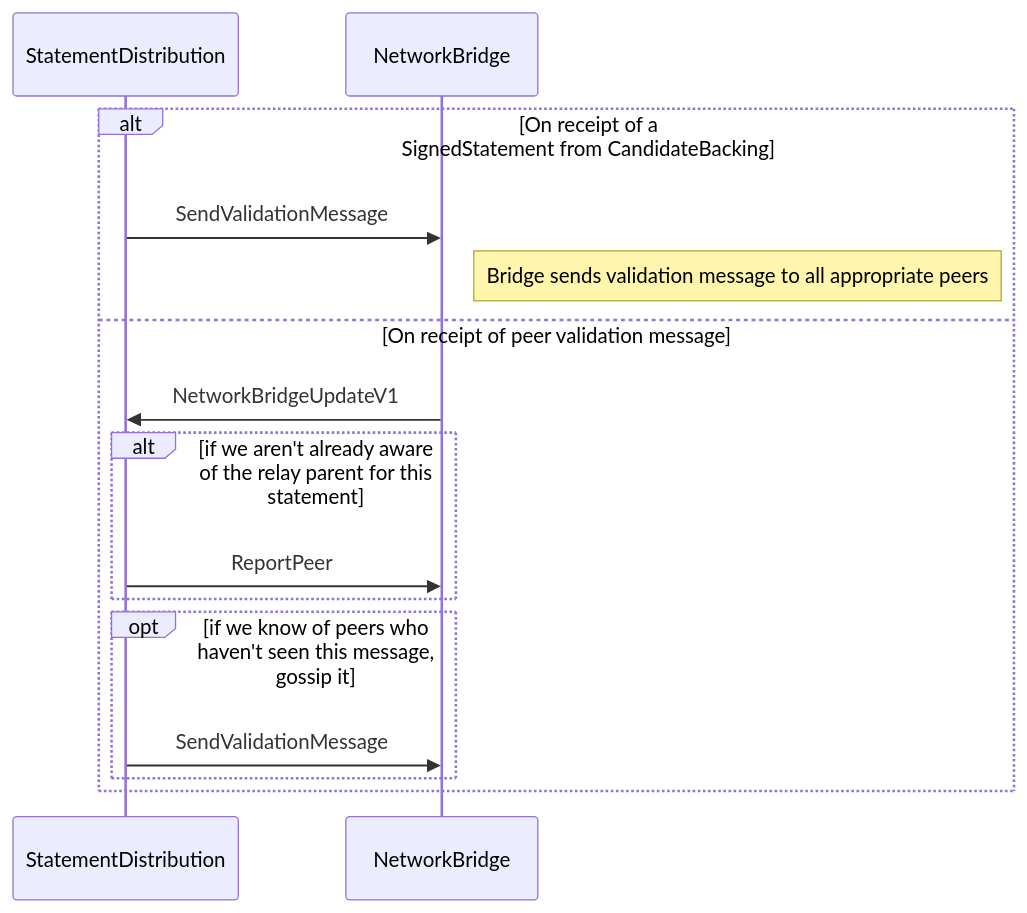
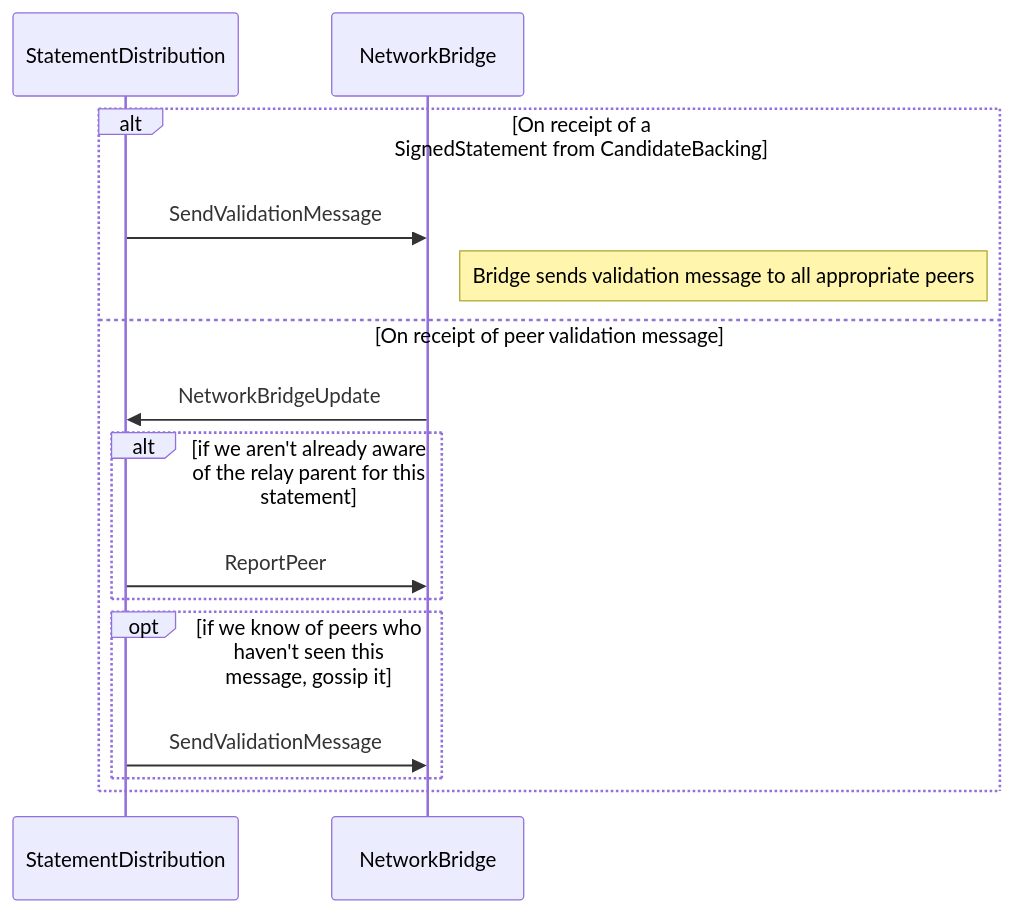
The fifth of 10 diagrams in roadmap/implementers-guide/src/node/subsystems-and-jobs.md (paritytech/polkadot), drawn with Mermaid before and after one commit. The commit also changed other lines of this file and 18 other files, not shown here.

Commit message:
remove V1 from NetworkBridgeUpdate

````diff
--- a/roadmap/implementers-guide/src/node/subsystems-and-jobs.md
+++ b/roadmap/implementers-guide/src/node/subsystems-and-jobs.md
@@ -256,24 +256,24 @@
 ```mermaid
 sequenceDiagram
     participant SD as StatementDistribution
     participant NB as NetworkBridge
 
     alt On receipt of a<br/>SignedStatement from CandidateBacking
         % fn circulate_statement_and_dependents
         SD ->> NB: SendValidationMessage
 
         Note right of NB: Bridge sends validation message to all appropriate peers
     else On receipt of peer validation message
-        NB ->> SD: NetworkBridgeUpdateV1
+        NB ->> SD: NetworkBridgeUpdate
 
         % fn handle_incoming_message
         alt if we aren't already aware of the relay parent for this statement
             SD ->> NB: ReportPeer
         end
 
         % fn circulate_statement
         opt if we know of peers who haven't seen this message, gossip it
             SD ->> NB: SendValidationMessage
         end
     end
 ```
````
